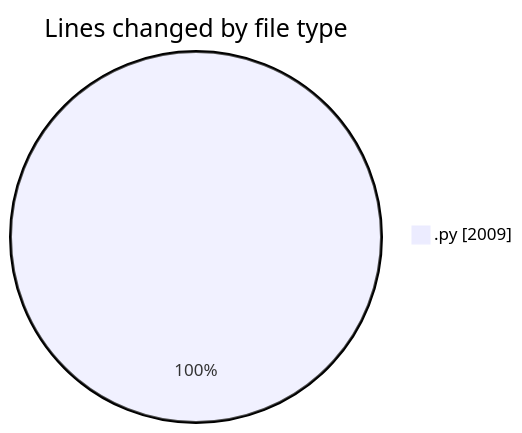
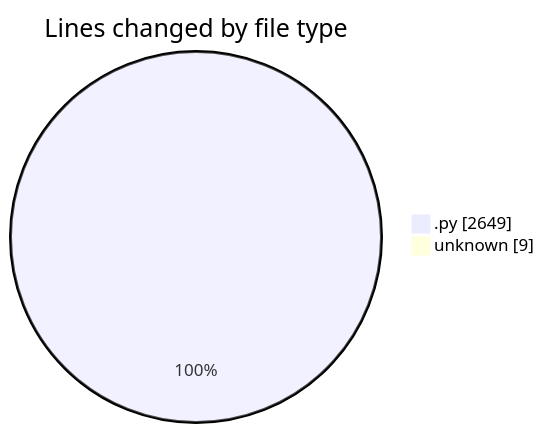
The first of 2 diagrams in 2025-11-27/eventscop-api-guide__workspace_/README.md (julien-gomy/code-tracking), drawn with Mermaid before and after one commit. The commit also changed other lines of this file and 1 other file, not shown here.

````diff
--- a/2025-11-27/eventscop-api-guide__workspace_/README.md
+++ b/2025-11-27/eventscop-api-guide__workspace_/README.md
@@ -23,5 +25,6 @@
 ```mermaid
 pie showData
 title Lines changed by file type
-".py" : 2009
+".py" : 2649
+"unknown" : 9
 ```
````
